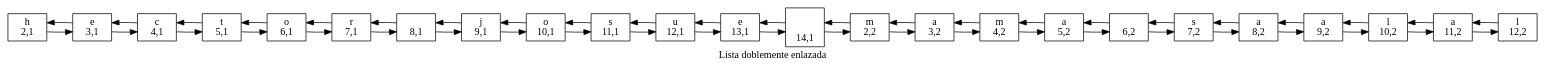
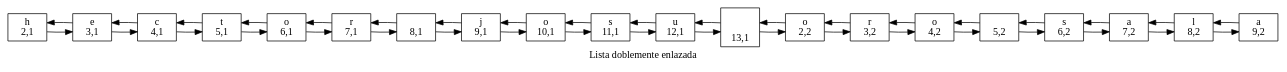
Before and after one commit to hr9457/EDD_1S2020_P1_201314296: the diagram in ArchivosDot/ListaDobleEnlazada.dot, drawn with Graphviz. The commit also changed 3 other files, not shown here.

```diff
--- a/ArchivosDot/ListaDobleEnlazada.dot
+++ b/ArchivosDot/ListaDobleEnlazada.dot
@@ -1,99 +1,83 @@
 digraph ListaDobleEnlazada {
 rankdir=LR;
 Nodo0[shape=box,label="h 
 2,1"];
 Nodo1[shape=box,label="e 
 3,1"];
 Nodo2[shape=box,label="c 
 4,1"];
 Nodo3[shape=box,label="t 
 5,1"];
 Nodo4[shape=box,label="o 
 6,1"];
 Nodo5[shape=box,label="r 
 7,1"];
 Nodo6[shape=box,label="  
 8,1"];
 Nodo7[shape=box,label="j 
 9,1"];
 Nodo8[shape=box,label="o 
 10,1"];
 Nodo9[shape=box,label="s 
 11,1"];
 Nodo10[shape=box,label="u 
 12,1"];
-Nodo11[shape=box,label="e 
+Nodo11[shape=box,label="
+ 
 13,1"];
-Nodo12[shape=box,label="
- 
-14,1"];
-Nodo13[shape=box,label="m 
+Nodo12[shape=box,label="o 
 2,2"];
-Nodo14[shape=box,label="a 
+Nodo13[shape=box,label="r 
 3,2"];
-Nodo15[shape=box,label="m 
+Nodo14[shape=box,label="o 
 4,2"];
-Nodo16[shape=box,label="a 
+Nodo15[shape=box,label="  
 5,2"];
-Nodo17[shape=box,label="  
+Nodo16[shape=box,label="s 
 6,2"];
-Nodo18[shape=box,label="s 
+Nodo17[shape=box,label="a 
 7,2"];
+Nodo18[shape=box,label="l 
+8,2"];
 Nodo19[shape=box,label="a 
-8,2"];
-Nodo20[shape=box,label="a 
 9,2"];
-Nodo21[shape=box,label="l 
-10,2"];
-Nodo22[shape=box,label="a 
-11,2"];
-Nodo23[shape=box,label="l 
-12,2"];
 Nodo0->Nodo1;
 Nodo1->Nodo0;
 Nodo1->Nodo2;
 Nodo2->Nodo1;
 Nodo2->Nodo3;
 Nodo3->Nodo2;
 Nodo3->Nodo4;
 Nodo4->Nodo3;
 Nodo4->Nodo5;
 Nodo5->Nodo4;
 Nodo5->Nodo6;
 Nodo6->Nodo5;
 Nodo6->Nodo7;
 Nodo7->Nodo6;
 Nodo7->Nodo8;
 Nodo8->Nodo7;
 Nodo8->Nodo9;
 Nodo9->Nodo8;
 Nodo9->Nodo10;
 Nodo10->Nodo9;
 Nodo10->Nodo11;
 Nodo11->Nodo10;
 Nodo11->Nodo12;
 Nodo12->Nodo11;
 Nodo12->Nodo13;
 Nodo13->Nodo12;
 Nodo13->Nodo14;
 Nodo14->Nodo13;
 Nodo14->Nodo15;
 Nodo15->Nodo14;
 Nodo15->Nodo16;
 Nodo16->Nodo15;
 Nodo16->Nodo17;
 Nodo17->Nodo16;
 Nodo17->Nodo18;
 Nodo18->Nodo17;
 Nodo18->Nodo19;
 Nodo19->Nodo18;
-Nodo19->Nodo20;
-Nodo20->Nodo19;
-Nodo20->Nodo21;
-Nodo21->Nodo20;
-Nodo21->Nodo22;
-Nodo22->Nodo21;
-Nodo22->Nodo23;
-Nodo23->Nodo22;
 label = " Lista doblemente enlazada" 
 }
```
